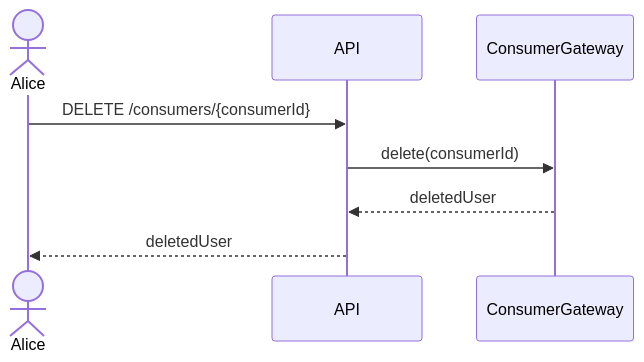
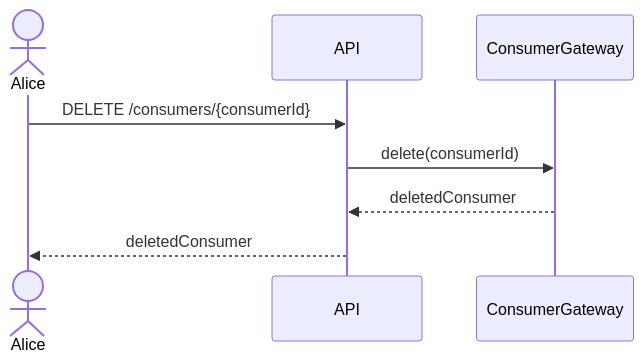
Before and after one commit to hivetown/planning: the tenth of 32 diagrams in sequence.md, drawn with Mermaid. The commit also changed other lines of this file, not shown here.

````diff
--- a/sequence.md
+++ b/sequence.md
@@ -376,11 +394,11 @@
 ```mermaid
 sequenceDiagram
     actor A as Alice
     participant API
     participant CG as ConsumerGateway
 
     A ->> API: DELETE /consumers/{consumerId}
     API ->> CG: delete(consumerId)
-    CG -->> API: deletedUser
-    API -->> A: deletedUser
+    CG -->> API: deletedConsumer
+    API -->> A: deletedConsumer
 ```
````
